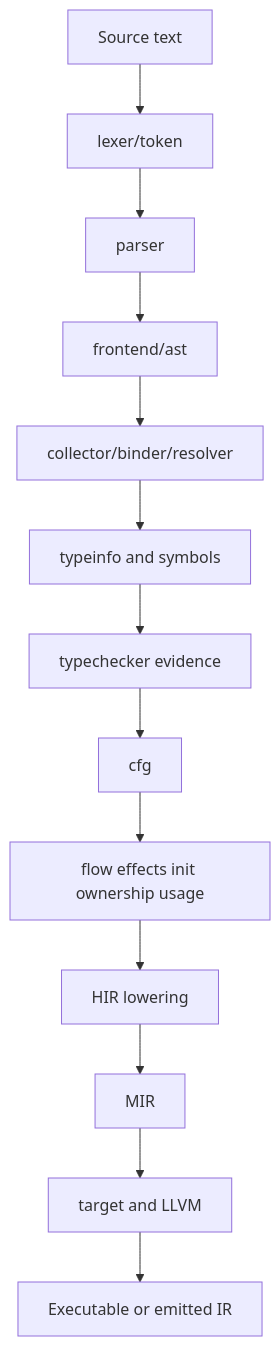
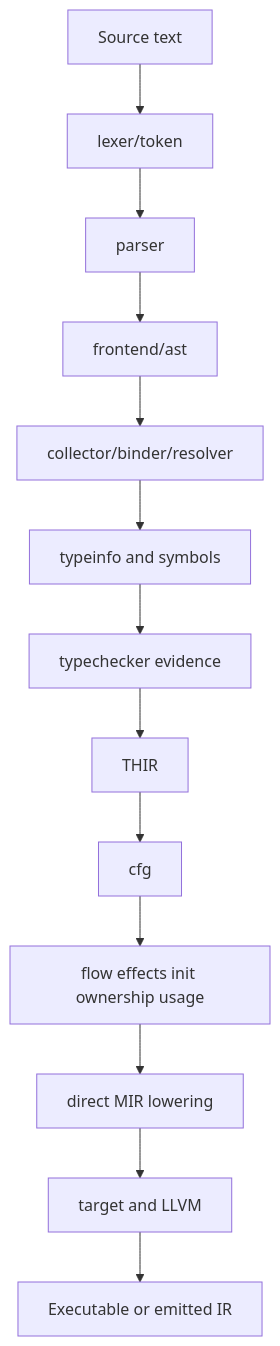
The diagram in docs/architecture/README.md (PeeperLanguage/compiler), drawn with Mermaid before and after one commit. The commit also changed other lines of this file and 54 other files, not shown here.

Commit message:
Complete direct THIR to MIR migration

````diff
--- a/docs/architecture/README.md
+++ b/docs/architecture/README.md
@@ -24,15 +24,15 @@
 ```mermaid
 flowchart TD
     Source[Source text] --> Lexer[lexer/token]
     Lexer --> Parser[parser]
     Parser --> AST[frontend/ast]
     AST --> Bind[collector/binder/resolver]
     Bind --> Types[typeinfo and symbols]
     Types --> Check[typechecker evidence]
-    Check --> CFG[cfg]
+    Check --> THIR[THIR]
+    THIR --> CFG[cfg]
     CFG --> Analyses[flow effects init ownership usage]
-    Analyses --> HIR[HIR lowering]
-    HIR --> MIR[MIR]
+    Analyses --> MIR[direct MIR lowering]
     MIR --> Backend[target and LLVM]
     Backend --> Output[Executable or emitted IR]
 ```
````
